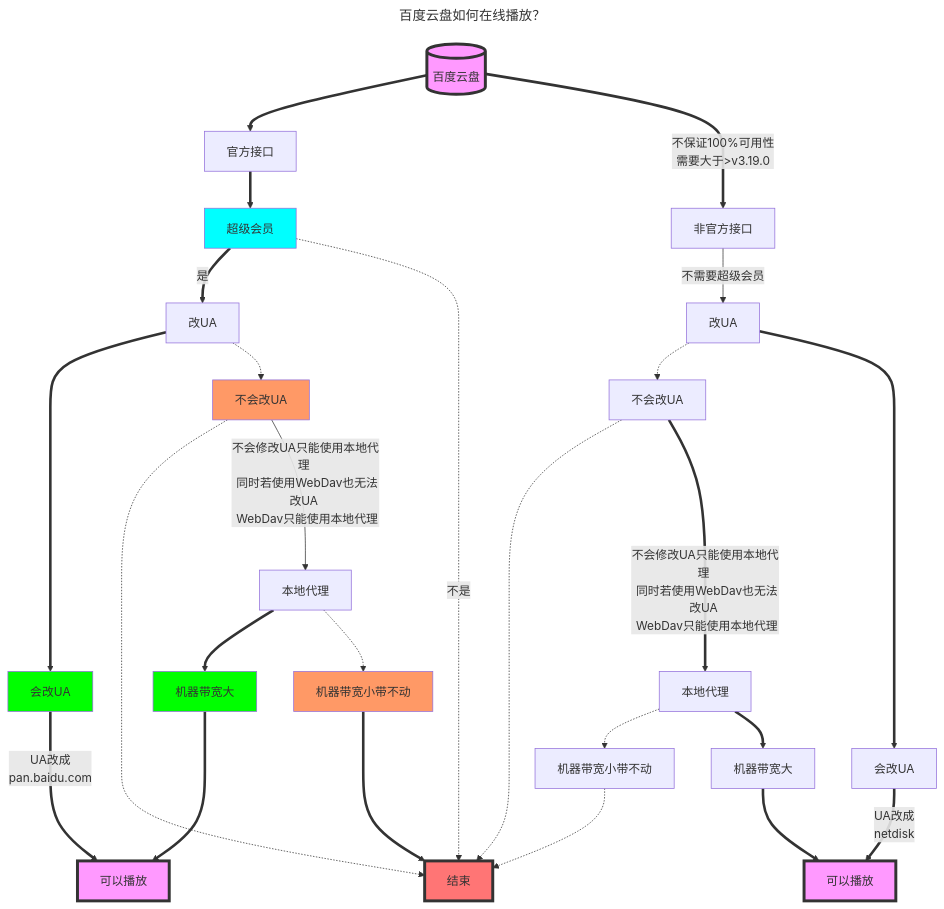
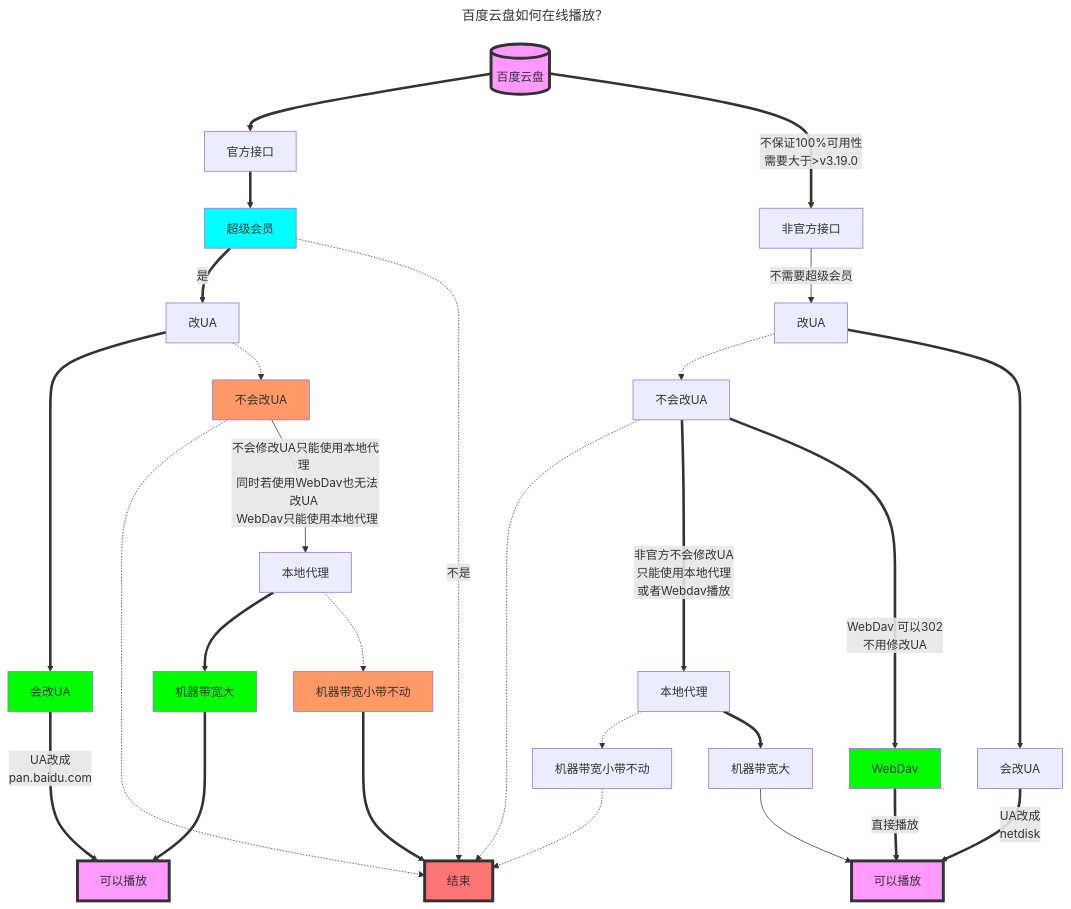
Before and after one commit to alist-org/docs: the first of 2 diagrams in docs/zh/guide/drivers/baidu.md, drawn with Mermaid. The commit also changed other lines of this file and 24 other files, not shown here.

Commit message:
update Baidu use mermaid Map and All cloud mermaid Map

````diff
--- a/docs/zh/guide/drivers/baidu.md
+++ b/docs/zh/guide/drivers/baidu.md
@@ -31,57 +31,60 @@
 ```mermaid
 ---
 title: 百度云盘如何在线播放？
 ---
 flowchart TB
   style l fill:#f9f,stroke:#333,stroke-width:4px
   style ll fill:#f9f,stroke:#333,stroke-width:4px
   style m fill:#ff7575,stroke:#333,stroke-width:4px
   style a fill:#f9f,stroke:#333,stroke-width:4px
   classDef class1 fill:#0f0
   classDef class2 fill:#0ff
   classDef class3 fill:#f96
   a[(百度云盘)]
   1[官方接口]
   2[非官方接口]
   b[超级会员]
   c[改UA]
   d[会改UA]
   e[不会改UA]
   f[本地代理]
   g[机器带宽大]
   k[机器带宽小带不动]
   l[可以播放]
   m[结束]
   a ==> 1
   1 ==> b
   b:::class2 ==>|是| c
   b -.->|不是| m
   c ==> d
   c -.-> e
   d:::class1 ===>|UA改成 \n pan.baidu.com| l
   e:::class3 -.-> m
   e:::class3 -->|不会修改UA只能使用本地代理 \n 同时若使用WebDav也无法改UA \n WebDav只能使用本地代理| f
   f ==> g
   f -.-> k
   g:::class1 ===> l
   k:::class3 ===> m
   a ==>|不保证100%可用性 \n 需要大于>v3.19.0| 2
   cc[改UA]
   dd[会改UA]
   ee[不会改UA]
+  mm[WebDav]
   ff[本地代理]
   ll[可以播放]
   gg[机器带宽大]
   kk[机器带宽小带不动]
   2 --> |不需要超级会员| cc
   cc -.-> ee
   cc ==> dd
   dd ==>|UA改成 \n netdisk| ll
+  mm:::class1 ==> |直接播放| ll
   ee -.-> m
-  ee ===> |不会修改UA只能使用本地代理 \n 同时若使用WebDav也无法改UA \n WebDav只能使用本地代理| ff
+  ee ===> |非官方不会修改UA \n 只能使用本地代理\n 或者Webdav播放| ff
+  ee ===> |WebDav 可以302 \n 不用修改UA| mm
   ff -.-> kk
   ff ==> gg
   kk -.-> m
-  gg ==> ll
+  gg --> ll
   click c,e,d,m,cc,dd,ee "#添加-user-agent-使用示例"
 ```
````
